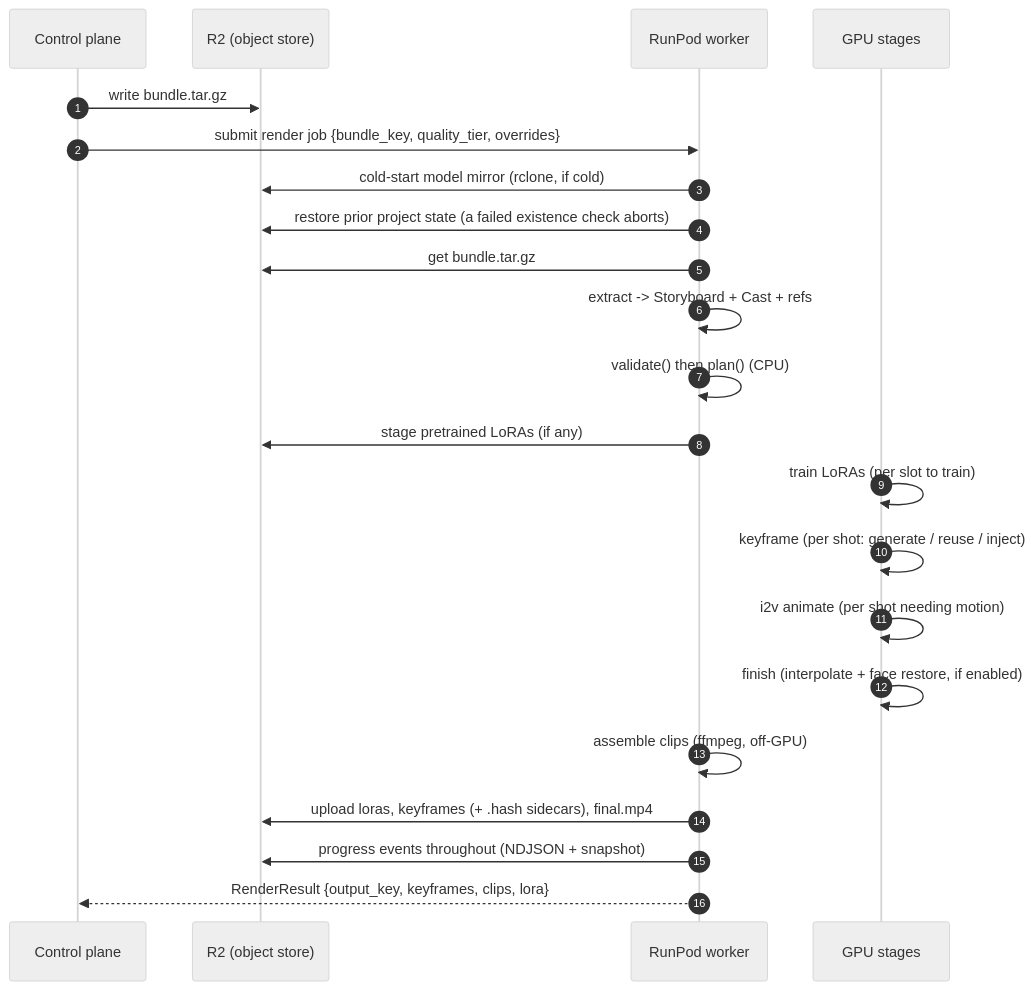
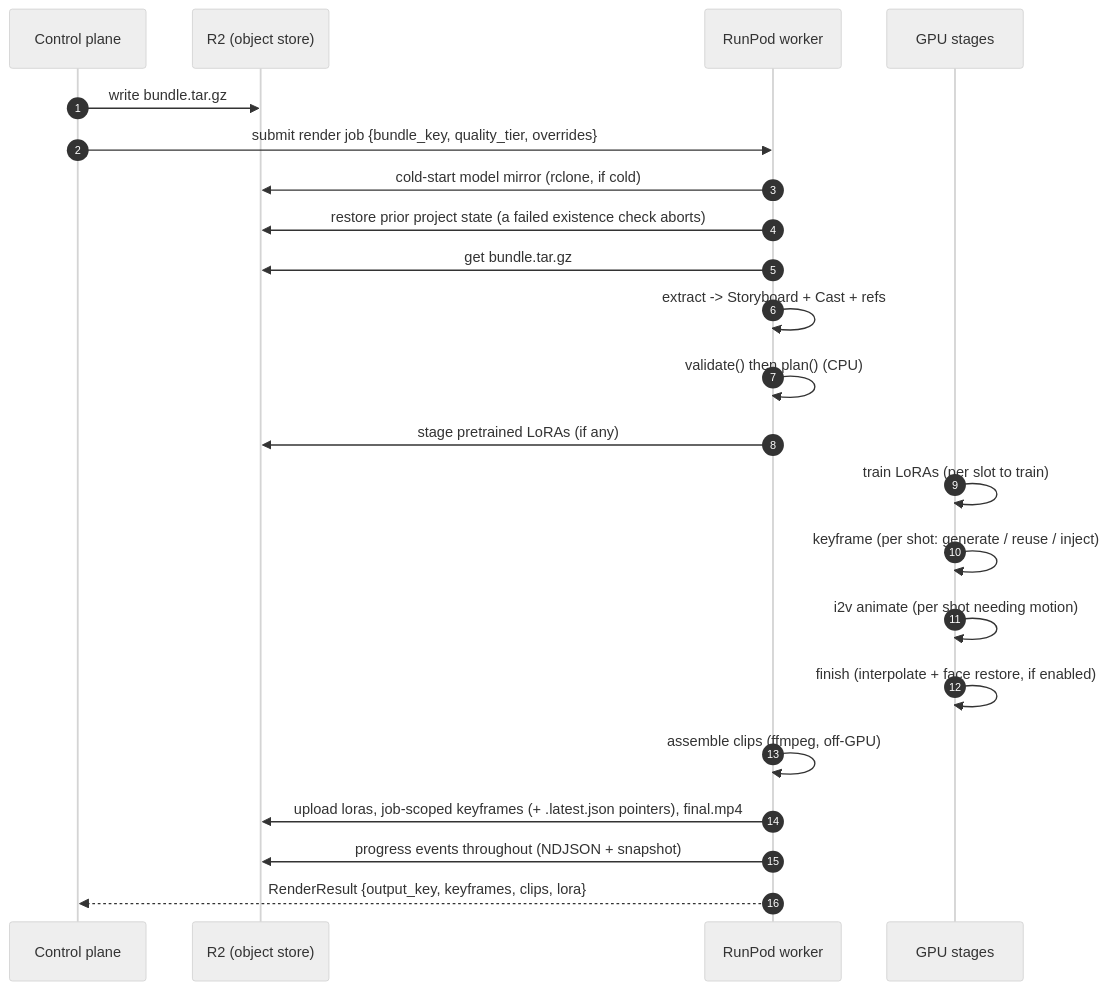
The second of 5 diagrams in docs/architecture.md (skyphusion-labs/vivijure-backend), drawn with Mermaid (neutral theme) before and after one commit. The commit also changed other lines of this file and 6 other files, not shown here.

First line of the commit message:
fix(keyframe): write each job stills to a job-scoped key (#535)

````diff
--- a/docs/architecture.md
+++ b/docs/architecture.md
@@ -98,25 +98,25 @@
 ```mermaid
 sequenceDiagram
     autonumber
     participant CP as Control plane
     participant R2 as R2 (object store)
     participant W as RunPod worker
     participant GPU as GPU stages
 
     CP->>R2: write bundle.tar.gz
     CP->>W: submit render job {bundle_key, quality_tier, overrides}
     W->>R2: cold-start model mirror (rclone, if cold)
     W->>R2: restore prior project state (a failed existence check aborts)
     W->>R2: get bundle.tar.gz
     W->>W: extract -> Storyboard + Cast + refs
     W->>W: validate() then plan() (CPU)
     W->>R2: stage pretrained LoRAs (if any)
     GPU->>GPU: train LoRAs (per slot to train)
     GPU->>GPU: keyframe (per shot: generate / reuse / inject)
     GPU->>GPU: i2v animate (per shot needing motion)
     GPU->>GPU: finish (interpolate + face restore, if enabled)
     W->>W: assemble clips (ffmpeg, off-GPU)
-    W->>R2: upload loras, keyframes (+ .hash sidecars), final.mp4
+    W->>R2: upload loras, job-scoped keyframes (+ .latest.json pointers), final.mp4
     W->>R2: progress events throughout (NDJSON + snapshot)
     W-->>CP: RenderResult {output_key, keyframes, clips, lora}
 ```
````
